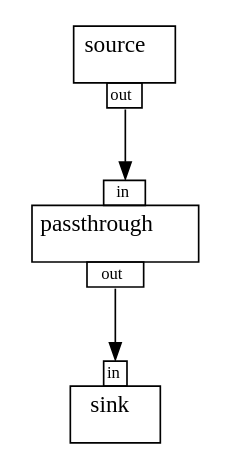
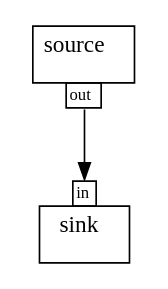
Before and after one commit to dbonattoj/mf: the diagram in fg.gv, drawn with Graphviz. The commit also changed 18 other files, not shown here.

```diff
--- a/fg.gv
+++ b/fg.gv
@@ -1,16 +1,12 @@
 digraph G{
 	rankdir=TB
 	filter0 [shape=plaintext label=<
 <TABLE BORDER="0" CELLBORDER="0" CELLSPACING="0" CELLPADDING="0"><TR><TD COLSPAN="1" BORDER="1" CELLPADDING="4">source<BR/><FONT POINT-SIZE="10">&nbsp;</FONT></TD></TR><TR><TD COLSPAN="1" BORDER="0"><TABLE BORDER="0" CELLBORDER="0" CELLSPACING="0" CELLPADDING="0"><TR><TD WIDTH="20"></TD><TD BORDER="1" CELLPADDING="1" PORT="out1"><FONT POINT-SIZE="10">out</FONT></TD><TD WIDTH="20"></TD></TR></TABLE></TD></TR></TABLE>
 >];
 	filter2 [shape=plaintext label=<
-<TABLE BORDER="0" CELLBORDER="0" CELLSPACING="0" CELLPADDING="0"><TR><TD WIDTH="20"></TD><TD BORDER="1" CELLPADDING="1" PORT="in3"><FONT POINT-SIZE="10">in</FONT></TD><TD WIDTH="20"></TD></TR><TR><TD COLSPAN="3" BORDER="1" CELLPADDING="4">passthrough<BR/><FONT POINT-SIZE="10">&nbsp;</FONT></TD></TR><TR><TD COLSPAN="3" BORDER="0"><TABLE BORDER="0" CELLBORDER="0" CELLSPACING="0" CELLPADDING="0"><TR><TD WIDTH="20"></TD><TD BORDER="1" CELLPADDING="1" PORT="out4"><FONT POINT-SIZE="10">out</FONT></TD><TD WIDTH="20"></TD></TR></TABLE></TD></TR></TABLE>
->];
-	filter5 [shape=plaintext label=<
-<TABLE BORDER="0" CELLBORDER="0" CELLSPACING="0" CELLPADDING="0"><TR><TD WIDTH="20"></TD><TD BORDER="1" CELLPADDING="1" PORT="in6"><FONT POINT-SIZE="10">in</FONT></TD><TD WIDTH="20"></TD></TR><TR><TD COLSPAN="3" BORDER="1" CELLPADDING="4">sink<BR/><FONT POINT-SIZE="10">&nbsp;</FONT></TD></TR></TABLE>
+<TABLE BORDER="0" CELLBORDER="0" CELLSPACING="0" CELLPADDING="0"><TR><TD WIDTH="20"></TD><TD BORDER="1" CELLPADDING="1" PORT="in3"><FONT POINT-SIZE="10">in</FONT></TD><TD WIDTH="20"></TD></TR><TR><TD COLSPAN="3" BORDER="1" CELLPADDING="4">sink<BR/><FONT POINT-SIZE="10">&nbsp;</FONT></TD></TR></TABLE>
 >];
 	filter0:out1 -> filter2:in3 [arrowhead="normal", headlabel=<>, fontsize=10, labelangle=45, labeldistance=2.0, ];
-	filter2:out4 -> filter5:in6 [arrowhead="normal", headlabel=<>, fontsize=10, labelangle=45, labeldistance=2.0, ];
 	{rank=source; filter0}
-	{rank=sink; filter5}
+	{rank=sink; filter2}
 }
```
